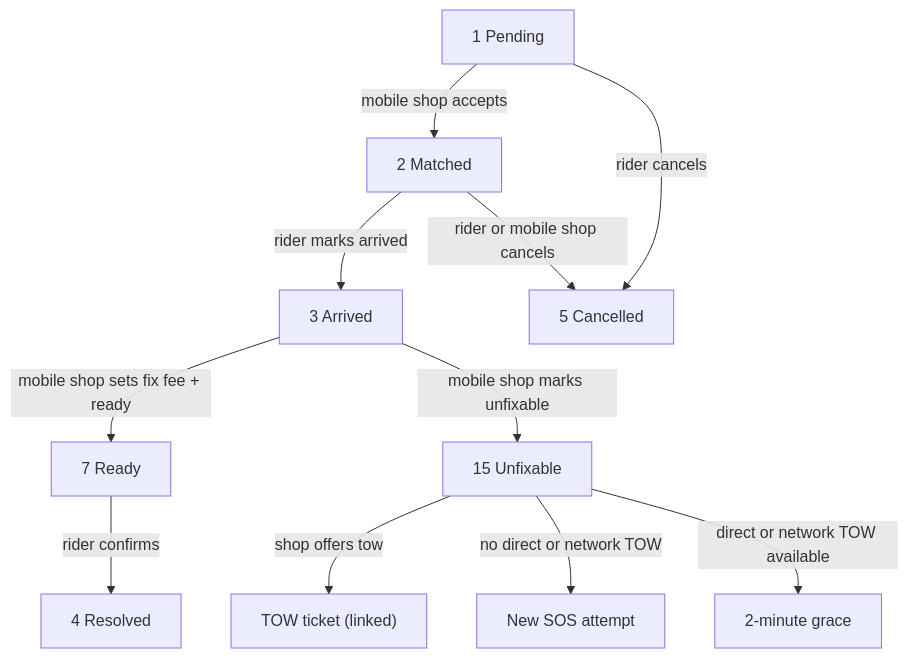
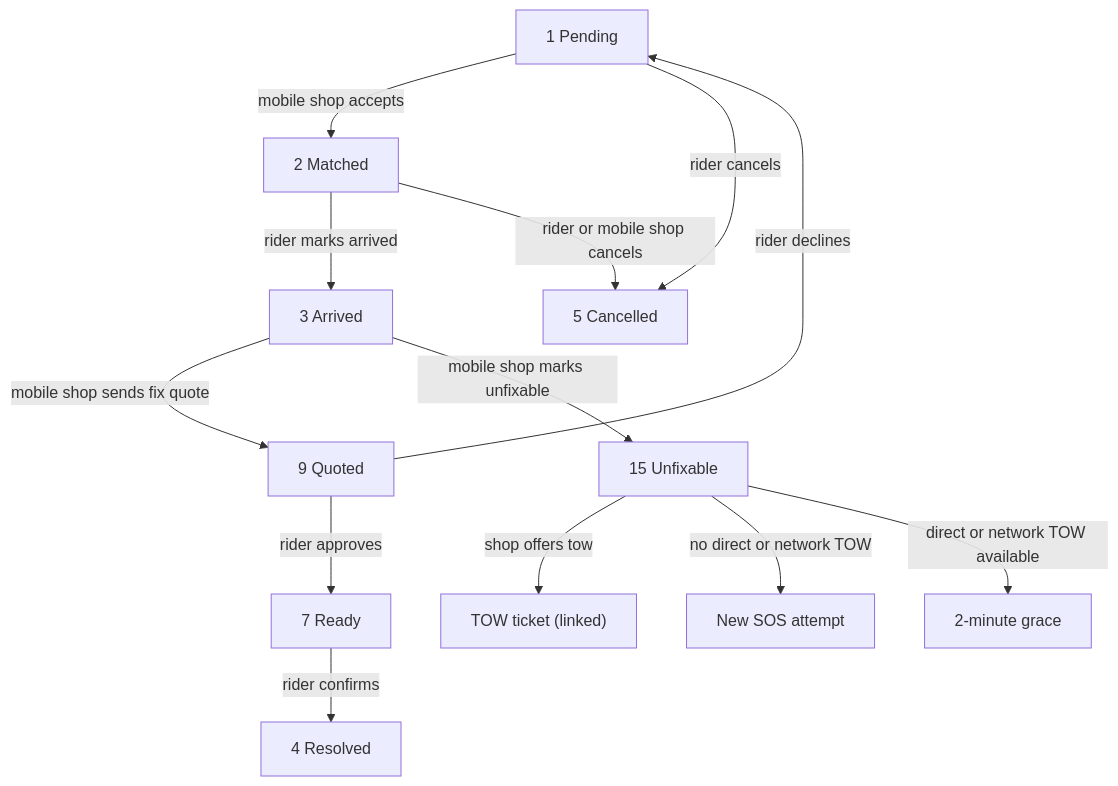
The first of 4 diagrams in documentation/STATUS.md (trunghieungth2004/ROADASSISTAPP_BE), drawn with Mermaid before and after one commit. The commit also changed other lines of this file and 83 other files, not shown here.

````diff
--- a/documentation/STATUS.md
+++ b/documentation/STATUS.md
@@ -95,13 +95,15 @@
 ```mermaid
 flowchart TD
   S1["1 Pending"] -->|mobile shop accepts| S2["2 Matched"]
   S2 -->|rider marks arrived| S3["3 Arrived"]
-  S3 -->|mobile shop sets fix fee + ready| S7["7 Ready"]
+  S3 -->|mobile shop sends fix quote| S9["9 Quoted"]
+  S9 -->|rider approves| S7["7 Ready"]
+  S9 -->|rider declines| S1
   S7 -->|rider confirms| S4["4 Resolved"]
   S3 -->|mobile shop marks unfixable| S15["15 Unfixable"]
   S15 -->|shop offers tow| TOW["TOW ticket (linked)"]
   S15 -->|no direct or network TOW| NEXT["New SOS attempt"]
   S15 -->|direct or network TOW available| GRACE["2-minute grace"]
   S1 -->|rider cancels| S5["5 Cancelled"]
   S2 -->|rider or mobile shop cancels| S5
 ```
````
